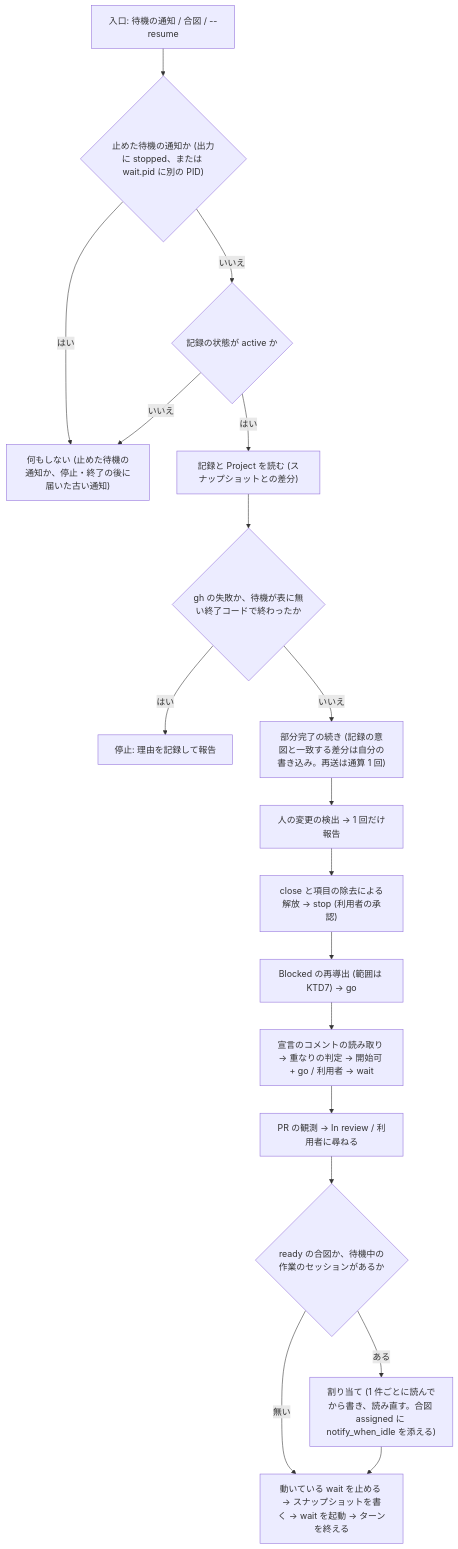
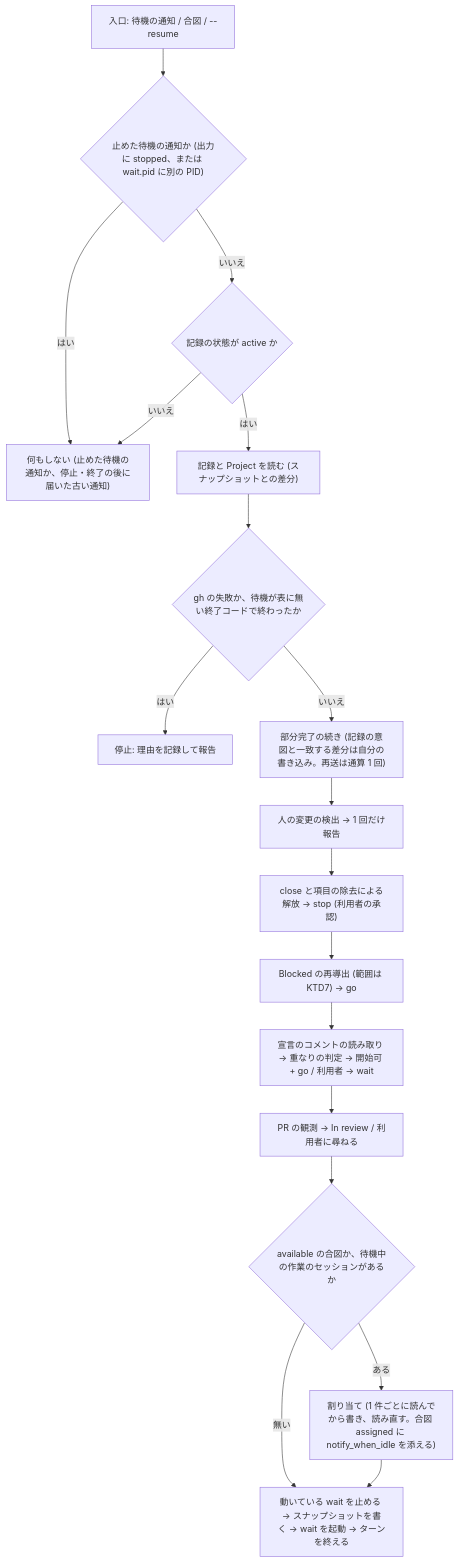
The third of 3 diagrams in docs/plans/2026-10-06-2025-feat-issue-dispatch-plan.md (akm/claude-plugins), drawn with Mermaid before and after one commit. The commit also changed other lines of this file, not shown here.

First line of the commit message:
📝 docs(plans): issue-dispatch の合図 ready を available に改名する (#114)

````diff
--- a/docs/plans/2026-10-06-2025-feat-issue-dispatch-plan.md
+++ b/docs/plans/2026-10-06-2025-feat-issue-dispatch-plan.md
@@ -533,20 +533,20 @@
 ```mermaid
 flowchart TB
   E["入口: 待機の通知 / 合図 / --resume"] --> SP{"止めた待機の通知か (出力に stopped、または wait.pid に別の PID)"}
   SP -- はい --> N["何もしない (止めた待機の通知か、停止・終了の後に届いた古い通知)"]
   SP -- いいえ --> ST{"記録の状態が active か"}
   ST -- いいえ --> N
   ST -- はい --> R0["記録と Project を読む (スナップショットとの差分)"]
   R0 --> X{"gh の失敗か、待機が表に無い終了コードで終わったか"}
   X -- はい --> S1["停止: 理由を記録して報告"]
   X -- いいえ --> Q["部分完了の続き (記録の意図と一致する差分は自分の書き込み。再送は通算 1 回)"]
   Q --> H["人の変更の検出 → 1 回だけ報告"]
   H --> C["close と項目の除去による解放 → stop (利用者の承認)"]
   C --> B["Blocked の再導出 (範囲は KTD7) → go"]
   B --> D["宣言のコメントの読み取り → 重なりの判定 → 開始可 + go / 利用者 → wait"]
   D --> P["PR の観測 → In review / 利用者に尋ねる"]
-  P --> A{"ready の合図か、待機中の作業のセッションがあるか"}
+  P --> A{"available の合図か、待機中の作業のセッションがあるか"}
   A -- ある --> AS["割り当て (1 件ごとに読んでから書き、読み直す。合図 assigned に notify_when_idle を添える)"]
   A -- 無い --> W
   AS --> W["動いている wait を止める → スナップショットを書く → wait を起動 → ターンを終える"]
 ```
````
